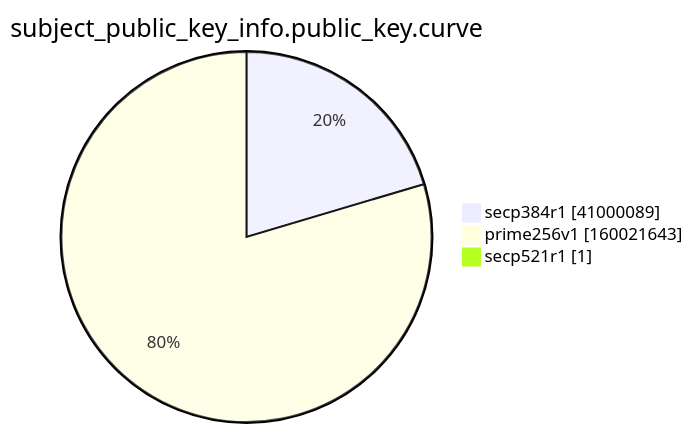
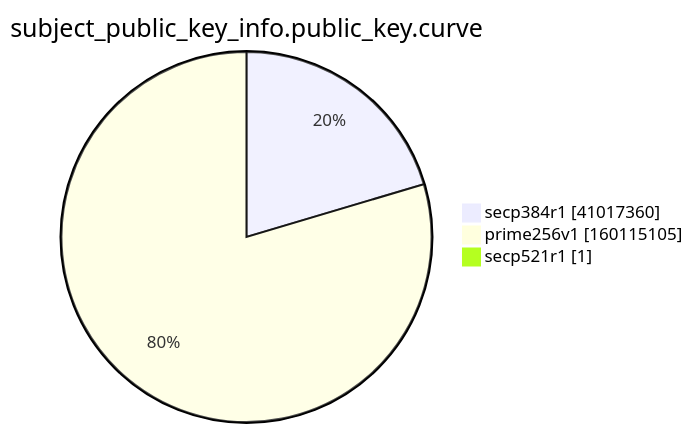
The ninth of 15 diagrams in xenon2022/README.md (christiankrug/ctmonitor_visualization), drawn with Mermaid before and after one commit. The commit also changed other lines of this file, not shown here.

````diff
--- a/xenon2022/README.md
+++ b/xenon2022/README.md
@@ -2868,7 +2868,7 @@
 ```mermaid
 pie showData
 title subject_public_key_info.public_key.curve
-"secp384r1" :41000089
-"prime256v1" :160021643
+"secp384r1" :41017360
+"prime256v1" :160115105
 "secp521r1" :1
 ```
````
